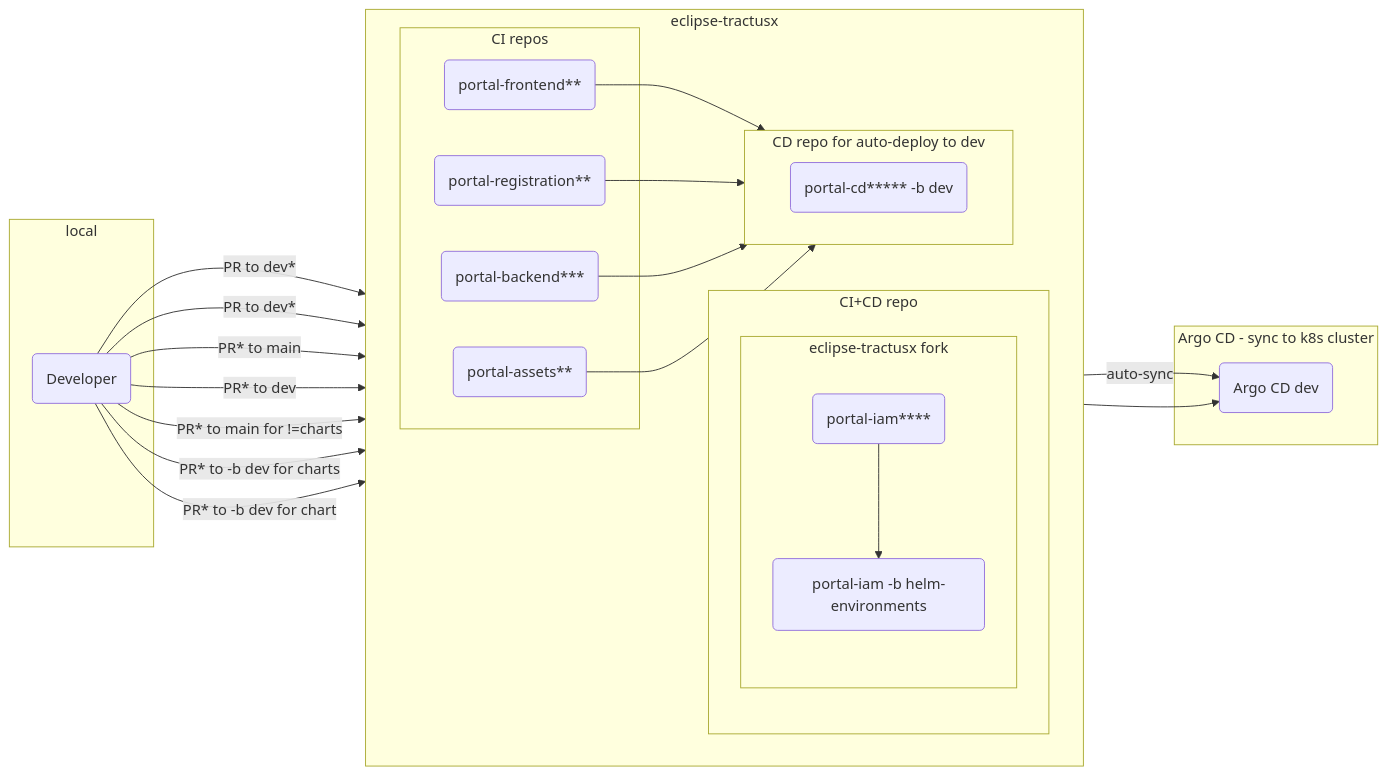
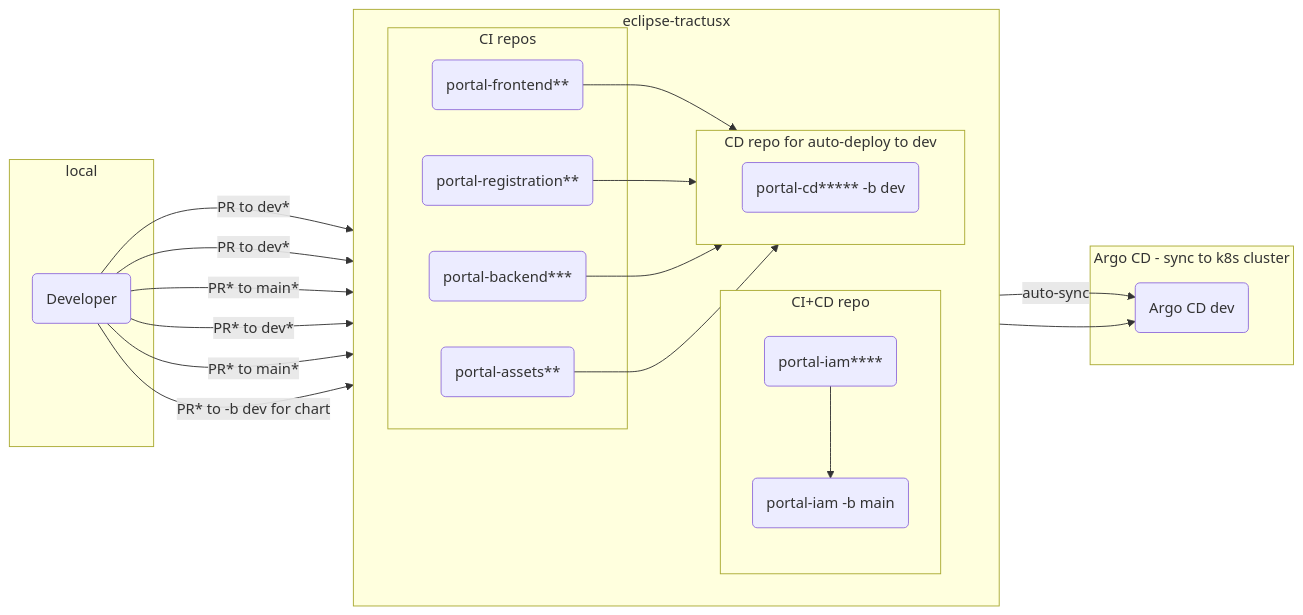
Before and after one commit to eclipse-tractusx/portal-assets: the diagram in developer/Technical Documentation/Dev Process/Dev-flow_deploy-dev-env.md, drawn with Mermaid. The commit also changed other lines of this file, not shown here.

Commit message:
docs(iam-working-mode-change): update dev process

````diff
--- a/developer/Technical Documentation/Dev Process/Dev-flow_deploy-dev-env.md
+++ b/developer/Technical Documentation/Dev Process/Dev-flow_deploy-dev-env.md
@@ -3,43 +3,39 @@
 ```mermaid
 flowchart LR
     subgraph local
     D(Developer)
     end
     subgraph eclipse-tractusx
         direction LR
         subgraph CI repos
             D -- PR to dev* --> PF(portal-frontend**)
             D -- PR to dev* --> PR(portal-registration**)
-            D -- PR* to main --> PA(portal-assets**)
-            D -- PR* to dev--> PB(portal-backend***)
+            D -- PR* to main* --> PA(portal-assets**)
+            D -- PR* to dev*--> PB(portal-backend***)
             click PF "https://github.com/eclipse-tractusx/portal-frontend"
             click PR "https://github.com/eclipse-tractusx/portal-frontend-registration"
             click PA "https://github.com/eclipse-tractusx/portal-assets"
             click PB "https://github.com/eclipse-tractusx/portal-backend"
         end
         subgraph CI+CD repo
             direction TB
-            D -- PR* to main for !=charts --> PI(portal-iam****)
-            D -- PR* to -b dev for charts --> PI
-            subgraph eclipse-tractusx fork
-                direction TB
-                PI --> PICD(portal-iam -b helm-environments)
-                click PI "https://github.com/eclipse-tractusx/portal-iam"
-            end
+            D -- PR* to main* --> PI(portal-iam****)
+            PI --> PICD(portal-iam -b main)
+            click PI "https://github.com/eclipse-tractusx/portal-iam"
         end
         subgraph CD repo for auto-deploy to dev
             direction LR
             PF --> CD(portal-cd***** -b dev)
             PR --> CD
             PB --> CD
             PA --> CD
             D -- PR* to -b dev for chart --> CD
             click CD "https://github.com/eclipse-tractusx/portal-cd"
         end
     end
     subgraph Argo CD - sync to k8s cluster
     CD -- auto-sync --> A(Argo CD dev)
     PICD --> A
     click A "https://argo.dev.demo.catena-x.net"
     end
 ```
````
